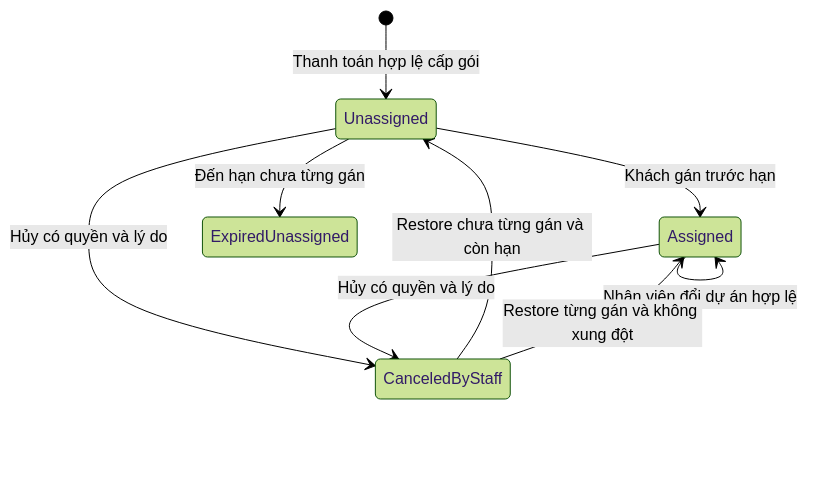
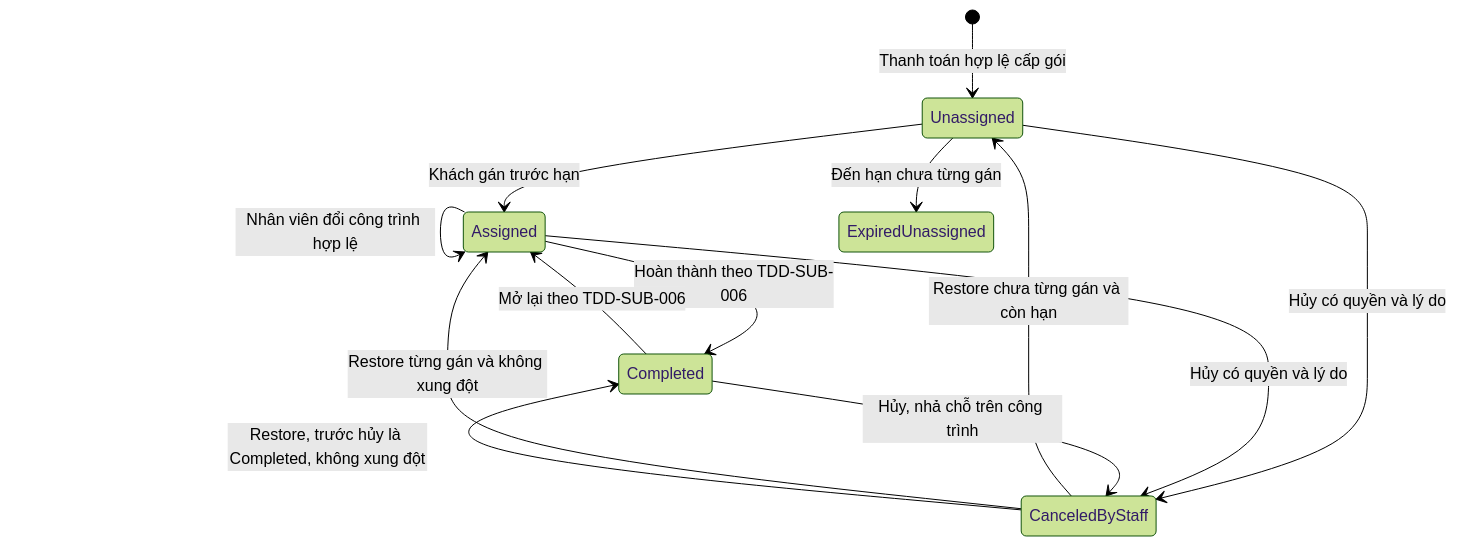
One commit to TaskCoper/bmt-documentation changed the fourth of 5 diagrams in tdd/TDD-SUB-004.md. Above: the diagram before and after it, drawn with Mermaid (forest theme). The commit also changed other lines of this file and 19 other files, not shown here.

First line of the commit message:
docs(tdd): cập nhật 20 TDD theo User Story và Business Rule đã chốt

````diff
--- a/tdd/TDD-SUB-004.md
+++ b/tdd/TDD-SUB-004.md
@@ -156,11 +158,15 @@
 ```mermaid
 stateDiagram-v2
     [*] --> Unassigned: Thanh toán hợp lệ cấp gói
     Unassigned --> Assigned: Khách gán trước hạn
     Unassigned --> ExpiredUnassigned: Đến hạn chưa từng gán
-    Assigned --> Assigned: Nhân viên đổi dự án hợp lệ
+    Assigned --> Assigned: Nhân viên đổi công trình hợp lệ
+    Assigned --> Completed: Hoàn thành theo TDD-SUB-006
+    Completed --> Assigned: Mở lại theo TDD-SUB-006
     Unassigned --> CanceledByStaff: Hủy có quyền và lý do
     Assigned --> CanceledByStaff: Hủy có quyền và lý do
+    Completed --> CanceledByStaff: Hủy, nhả chỗ trên công trình
     CanceledByStaff --> Unassigned: Restore chưa từng gán và còn hạn
     CanceledByStaff --> Assigned: Restore từng gán và không xung đột
+    CanceledByStaff --> Completed: Restore, trước hủy là Completed, không xung đột
 ```
````
